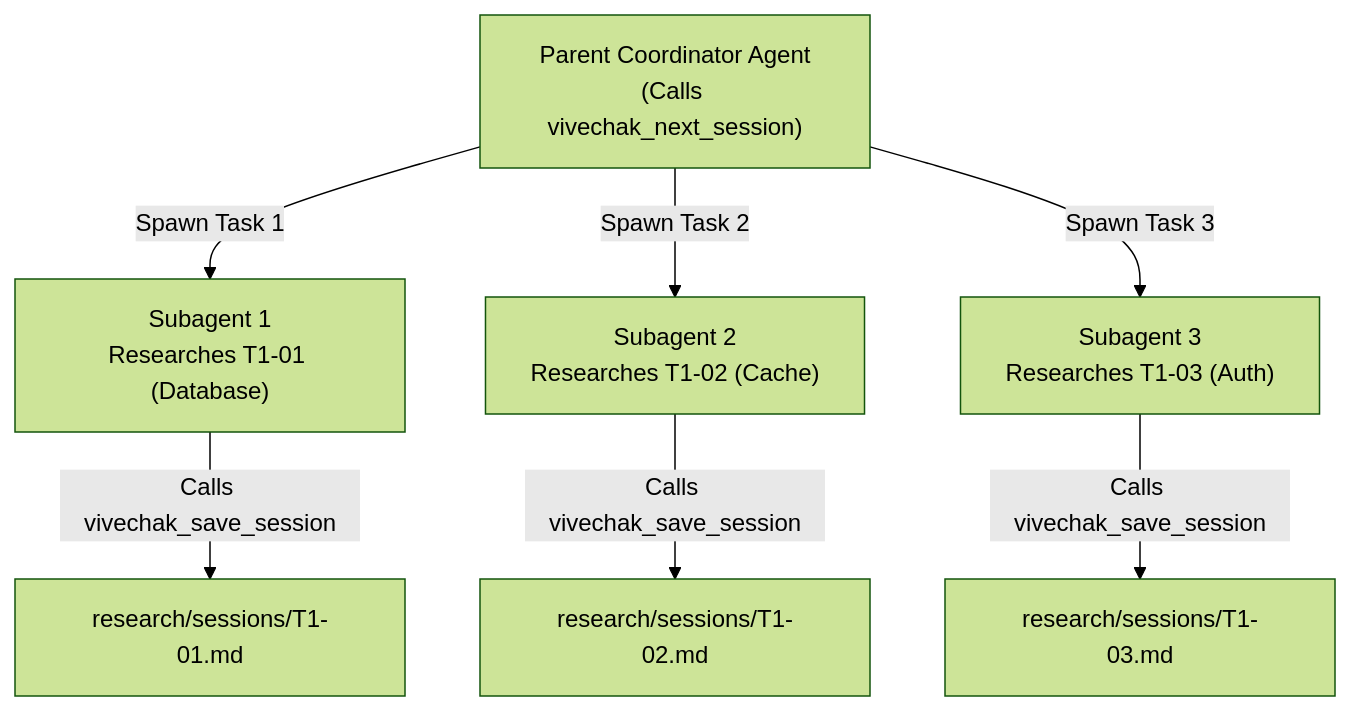
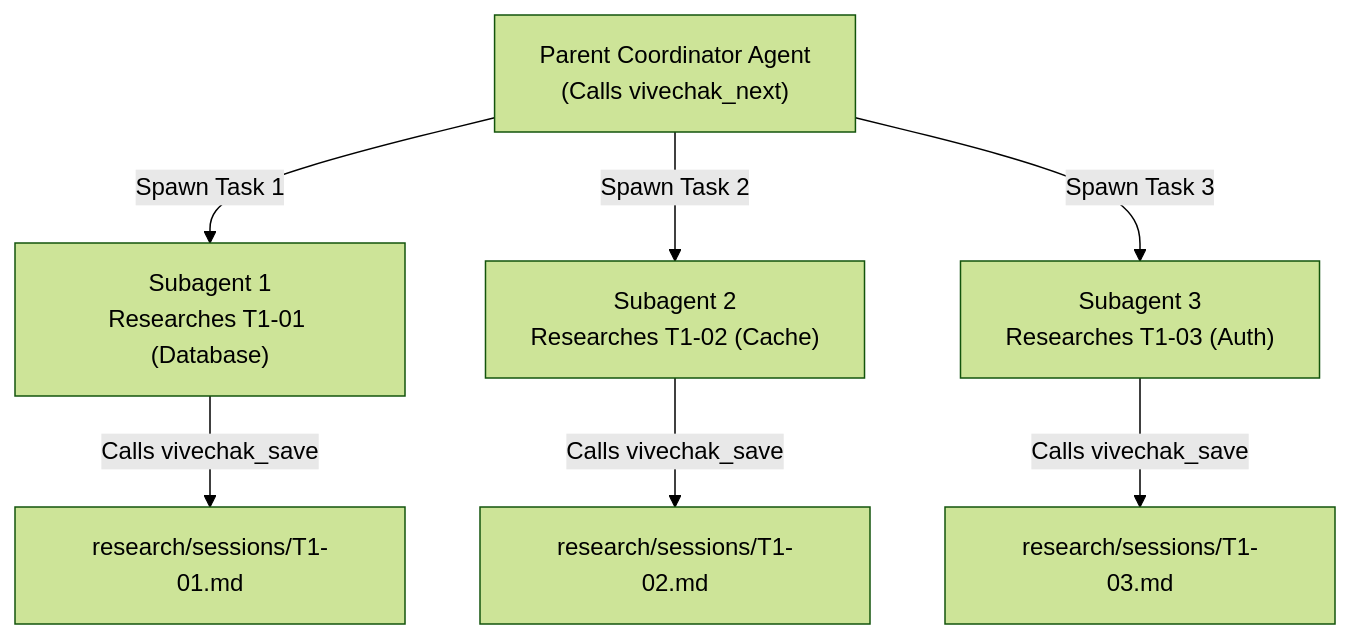
Before and after one commit to bhaskarjha-dev/vivechak: the diagram in docs/PARALLEL-EXECUTION.md, drawn with Mermaid (forest theme). The commit also changed other lines of this file and 44 other files, not shown here.

````diff
--- a/docs/PARALLEL-EXECUTION.md
+++ b/docs/PARALLEL-EXECUTION.md
@@ -43,10 +43,10 @@
 ```mermaid
 graph TD
-    Parent["Parent Coordinator Agent\n(Calls vivechak_next_session)"]
+    Parent["Parent Coordinator Agent\n(Calls vivechak_next)"]
     Parent -->|Spawn Task 1| Sub1["Subagent 1\nResearches T1-01 (Database)"]
     Parent -->|Spawn Task 2| Sub2["Subagent 2\nResearches T1-02 (Cache)"]
     Parent -->|Spawn Task 3| Sub3["Subagent 3\nResearches T1-03 (Auth)"]
-    Sub1 -->|Calls vivechak_save_session| Store["research/sessions/T1-01.md"]
-    Sub2 -->|Calls vivechak_save_session| Store2["research/sessions/T1-02.md"]
-    Sub3 -->|Calls vivechak_save_session| Store3["research/sessions/T1-03.md"]
+    Sub1 -->|Calls vivechak_save| Store["research/sessions/T1-01.md"]
+    Sub2 -->|Calls vivechak_save| Store2["research/sessions/T1-02.md"]
+    Sub3 -->|Calls vivechak_save| Store3["research/sessions/T1-03.md"]
 ```
````
